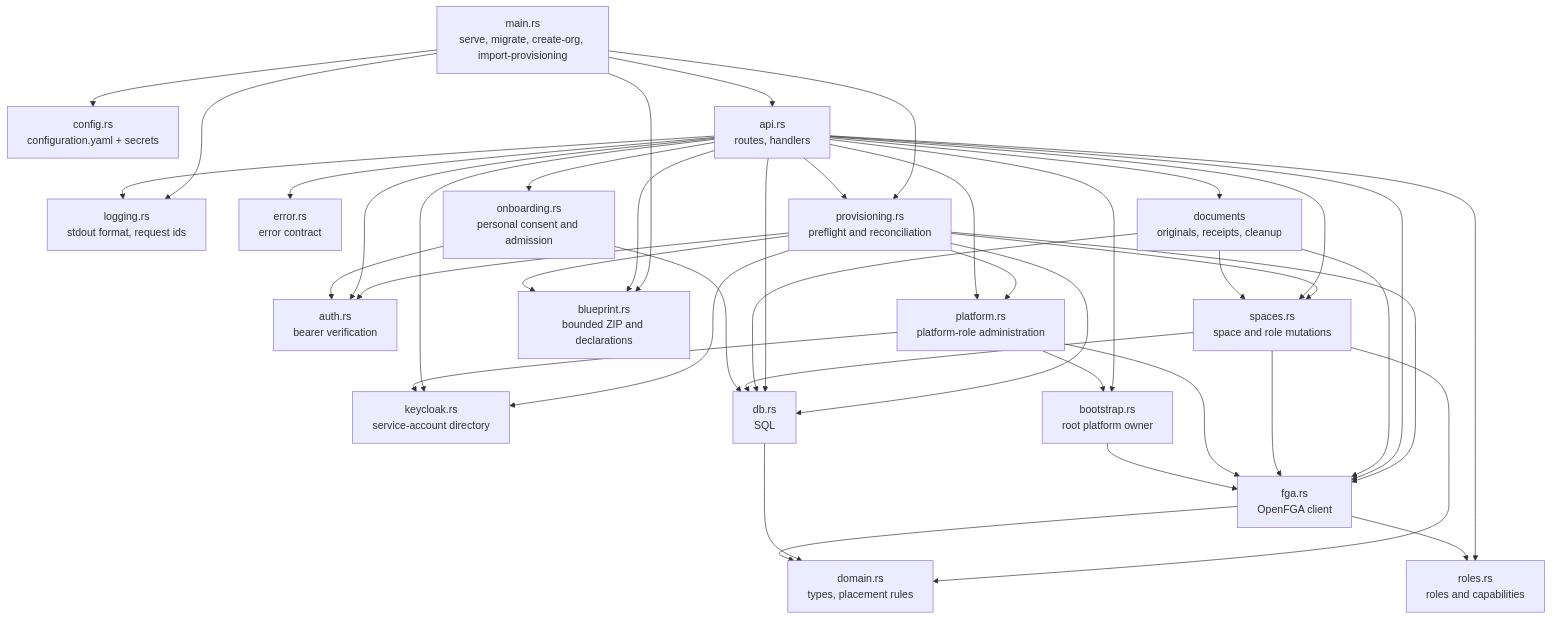
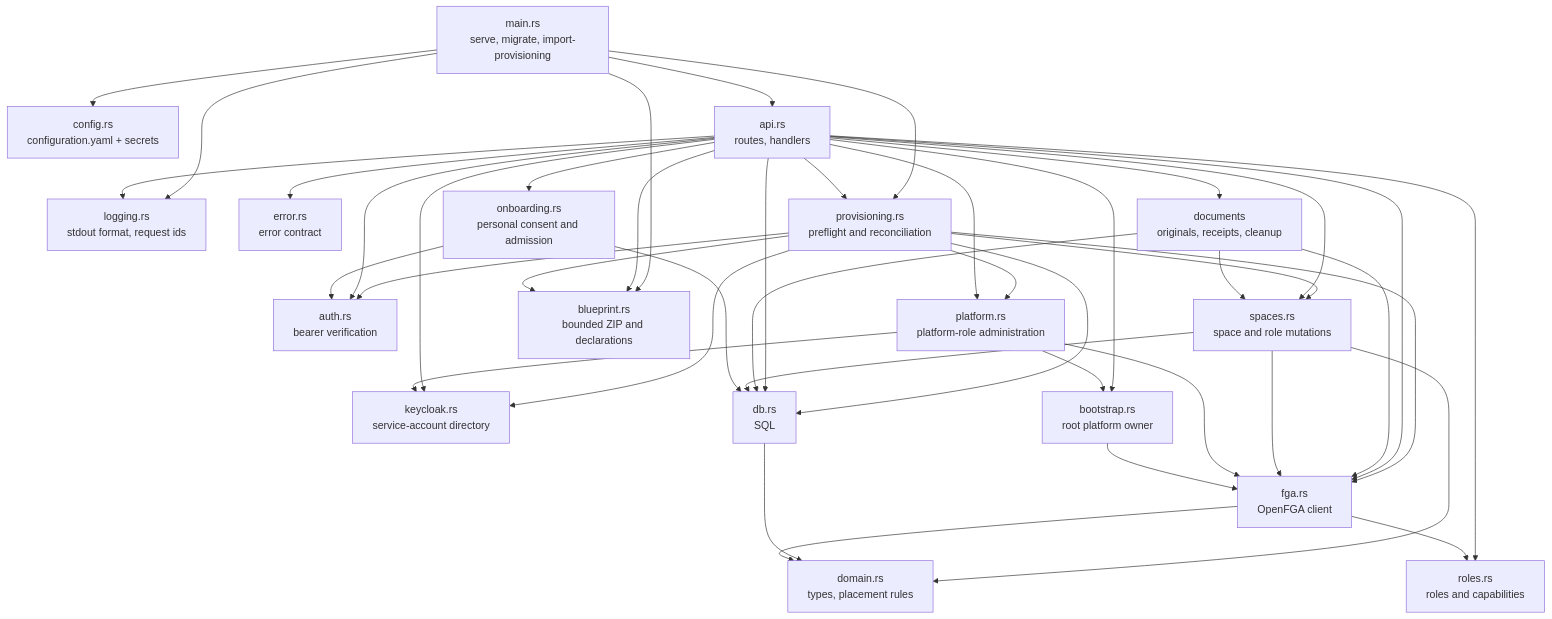
Before and after one commit to ThalesGroup/fred: the second of 11 diagrams in docs/architecture/A1-manager-runtime.md, drawn with Mermaid. The commit also changed 19 other files, not shown here.

````diff
--- a/docs/architecture/A1-manager-runtime.md
+++ b/docs/architecture/A1-manager-runtime.md
@@ -58,37 +58,37 @@
 ```mermaid
 flowchart TB
-    main["main.rs<br/>serve, migrate, create-org, import-provisioning"]
+    main["main.rs<br/>serve, migrate, import-provisioning"]
     config["config.rs<br/>configuration.yaml + secrets"]
     logging["logging.rs<br/>stdout format, request ids"]
     api["api.rs<br/>routes, handlers"]
     auth["auth.rs<br/>bearer verification"]
     error["error.rs<br/>error contract"]
     spaces["spaces.rs<br/>space and role mutations"]
     provisioning["provisioning.rs<br/>preflight and reconciliation"]
     blueprint["blueprint.rs<br/>bounded ZIP and declarations"]
     platform["platform.rs<br/>platform-role administration"]
     roles["roles.rs<br/>roles and capabilities"]
     directory["keycloak.rs<br/>service-account directory"]
     onboarding["onboarding.rs<br/>personal consent and admission"]
     bootstrap["bootstrap.rs<br/>root platform owner"]
     domain["domain.rs<br/>types, placement rules"]
     db["db.rs<br/>SQL"]
     documents["documents<br/>originals, receipts, cleanup"]
     fga["fga.rs<br/>OpenFGA client"]
 
     main --> config & logging & api & provisioning & blueprint
     api --> provisioning & blueprint
     provisioning --> blueprint
     provisioning --> auth & platform & directory & db & fga & spaces
     api --> auth & error & spaces & bootstrap & db & fga & logging
     api --> documents
     documents --> spaces & db & fga
     spaces --> domain & db & fga
     api --> platform & roles & directory & onboarding
     onboarding --> auth & db
     platform --> bootstrap & directory & fga
     fga --> roles
     bootstrap --> fga
     db --> domain
     fga --> domain
 ```
````
